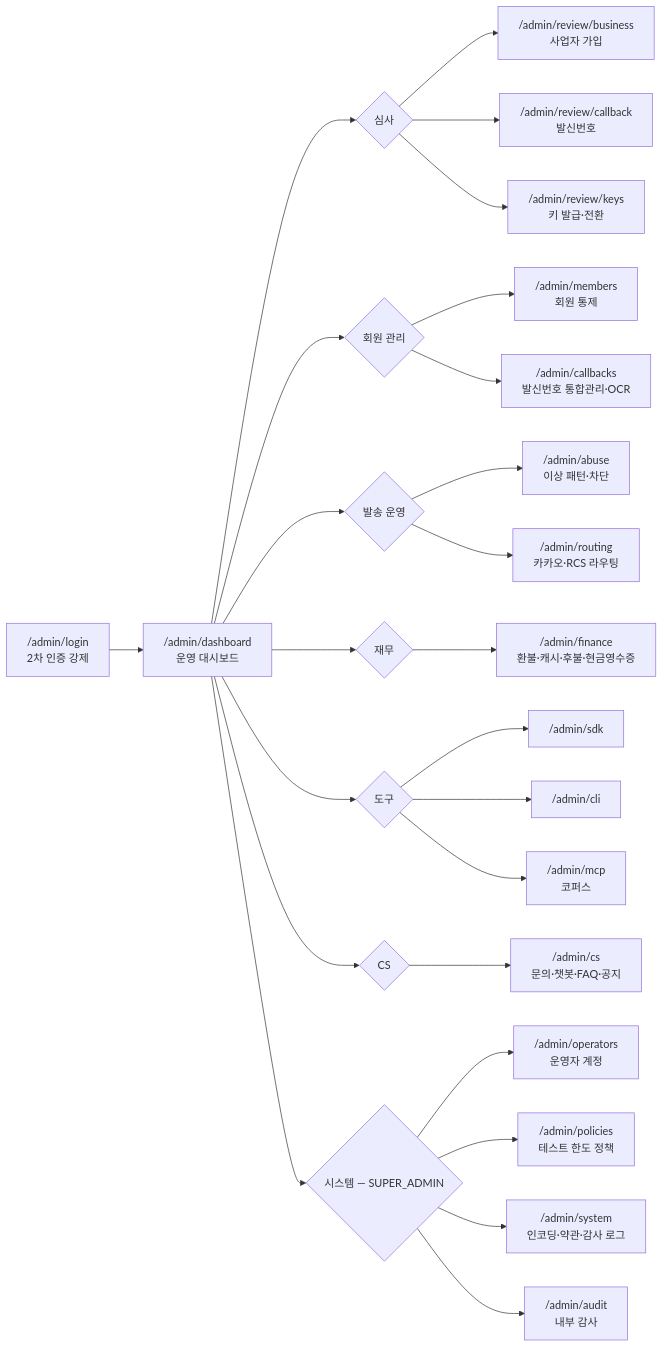
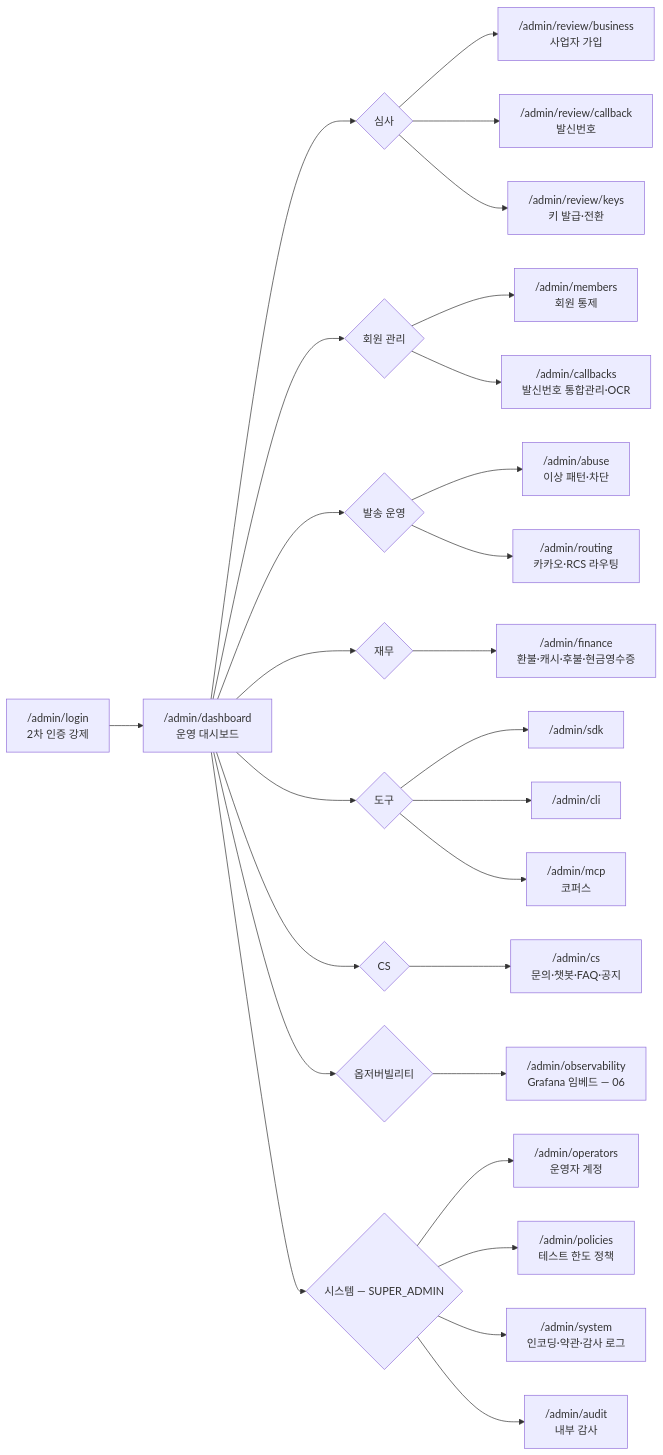
Before and after one commit to beanteacher/web-wisecan-unified: the fourth of 4 diagrams in pm/03_IA.md, drawn with Mermaid. The commit also changed other lines of this file and 5 other files, not shown here.

First line of the commit message:
docs: 06_OBSERVABILITY 신설 및 옵저버빌리티 정합화

````diff
--- a/pm/03_IA.md
+++ b/pm/03_IA.md
@@ -121,34 +121,37 @@
 ```mermaid
 flowchart LR
   ALOGIN["/admin/login<br>2차 인증 강제"] --> AHOME["/admin/dashboard<br>운영 대시보드"]
 
   AHOME --> REV_GRP{심사}
   REV_GRP --> R_BIZ["/admin/review/business<br>사업자 가입"]
   REV_GRP --> R_CB["/admin/review/callback<br>발신번호"]
   REV_GRP --> R_KEY["/admin/review/keys<br>키 발급·전환"]
 
   AHOME --> MEM_GRP{회원 관리}
   MEM_GRP --> M_LIST["/admin/members<br>회원 통제"]
   MEM_GRP --> M_CB["/admin/callbacks<br>발신번호 통합관리·OCR"]
 
   AHOME --> SEND_GRP{발송 운영}
   SEND_GRP --> A_ABUSE["/admin/abuse<br>이상 패턴·차단"]
   SEND_GRP --> A_ROUTE["/admin/routing<br>카카오·RCS 라우팅"]
 
   AHOME --> FIN_GRP{재무}
   FIN_GRP --> A_FIN["/admin/finance<br>환불·캐시·후불·현금영수증"]
 
   AHOME --> TOOL_GRP{도구}
   TOOL_GRP --> A_SDK["/admin/sdk"]
   TOOL_GRP --> A_CLI["/admin/cli"]
   TOOL_GRP --> A_MCP["/admin/mcp<br>코퍼스"]
 
   AHOME --> CS_GRP{CS}
   CS_GRP --> A_CS["/admin/cs<br>문의·챗봇·FAQ·공지"]
 
+  AHOME --> OBS_GRP{옵저버빌리티}
+  OBS_GRP --> A_OBS["/admin/observability<br>Grafana 임베드 — 06"]
+
   AHOME --> SYS_GRP{시스템 — SUPER_ADMIN}
   SYS_GRP --> A_OP["/admin/operators<br>운영자 계정"]
   SYS_GRP --> A_POL["/admin/policies<br>테스트 한도 정책"]
   SYS_GRP --> A_SYS["/admin/system<br>인코딩·약관·감사 로그"]
   SYS_GRP --> A_AUDIT["/admin/audit<br>내부 감사"]
 ```
````
